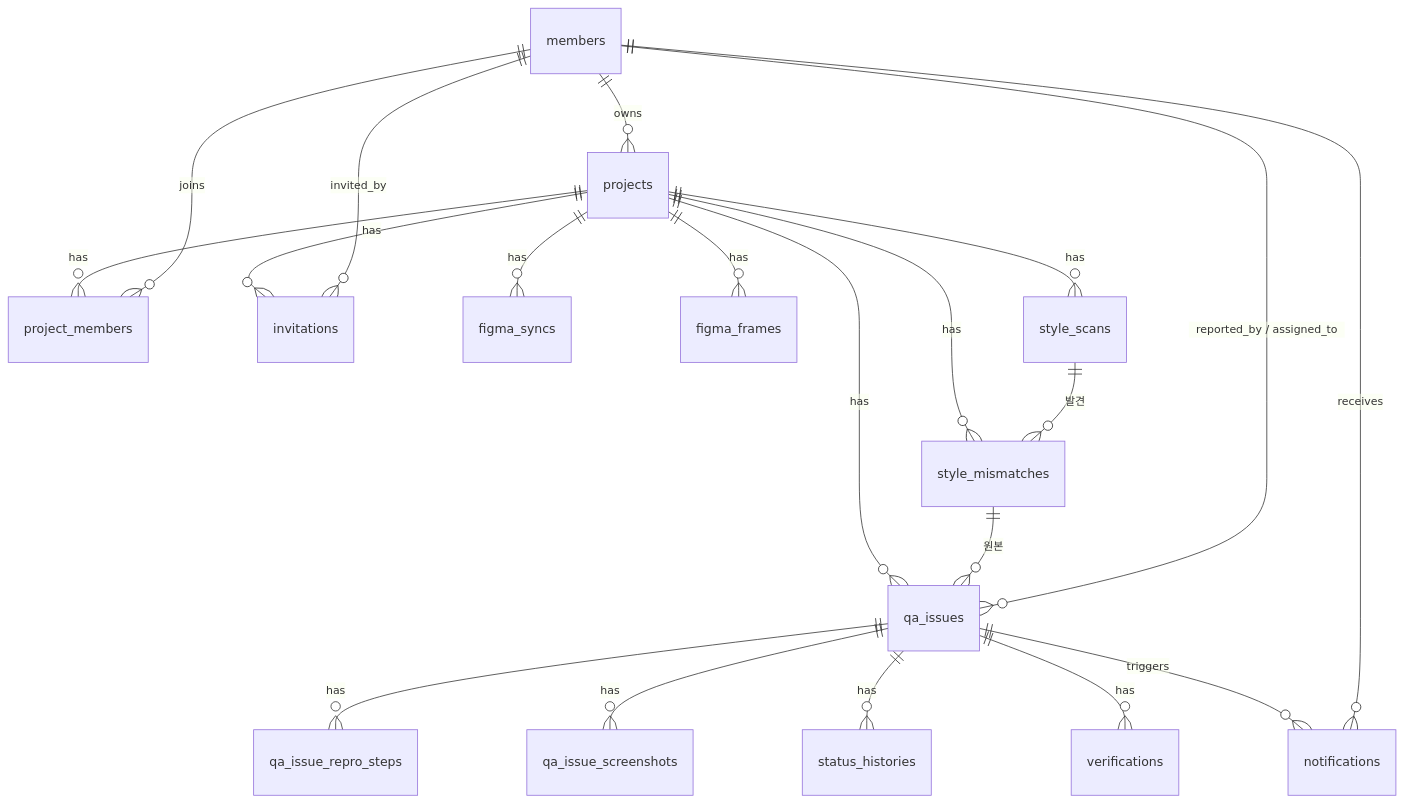
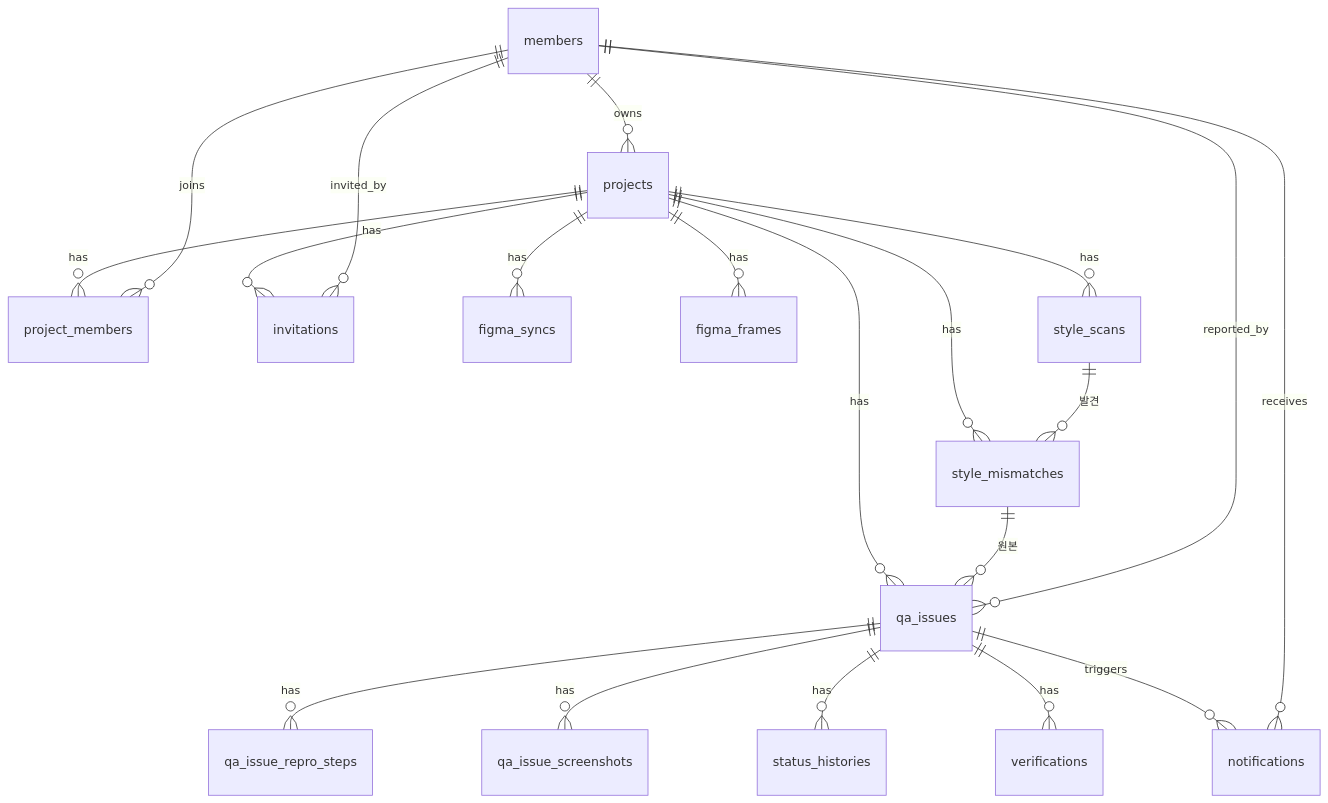
The diagram in docs/db-schema.md (tjfakstn/ACJB), drawn with Mermaid before and after one commit. The commit also changed other lines of this file and 10 other files, not shown here.

````diff
--- a/docs/db-schema.md
+++ b/docs/db-schema.md
@@ -9,22 +9,22 @@
 ```mermaid
 erDiagram
     projects ||--o{ project_members : has
     members  ||--o{ project_members : joins
     members  ||--o{ projects : owns
     projects ||--o{ invitations : has
     members  ||--o{ invitations : "invited_by"
     projects ||--o{ qa_issues : has
     projects ||--o{ figma_syncs : has
     projects ||--o{ figma_frames : has
     projects ||--o{ style_scans : has
     projects ||--o{ style_mismatches : has
     style_scans  ||--o{ style_mismatches : "발견"
     style_mismatches ||--o{ qa_issues : "원본"
-    members ||--o{ qa_issues : "reported_by / assigned_to"
+    members ||--o{ qa_issues : "reported_by"
     qa_issues ||--o{ qa_issue_repro_steps : has
     qa_issues ||--o{ qa_issue_screenshots : has
     qa_issues ||--o{ status_histories : has
     qa_issues ||--o{ verifications : has
     qa_issues ||--o{ notifications : triggers
     members ||--o{ notifications : receives
 ```
````
